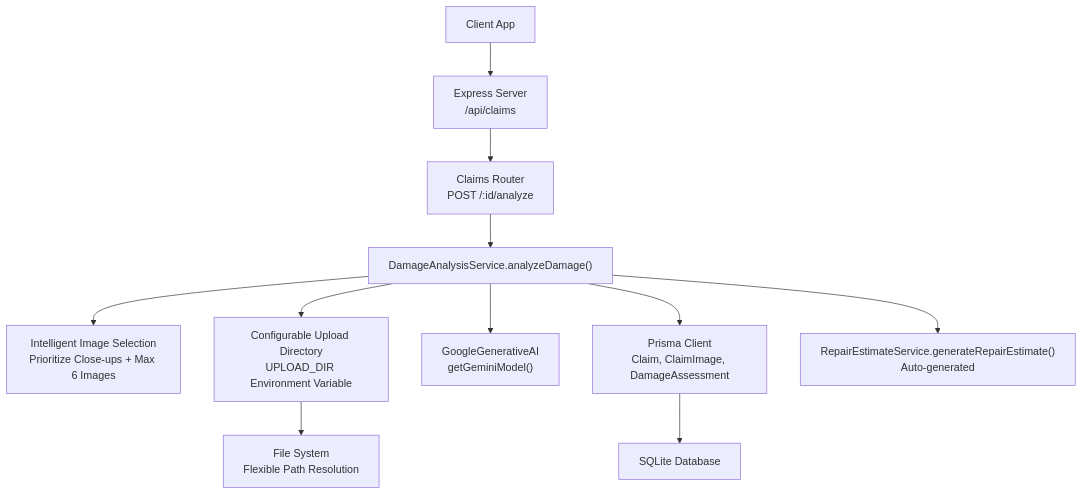
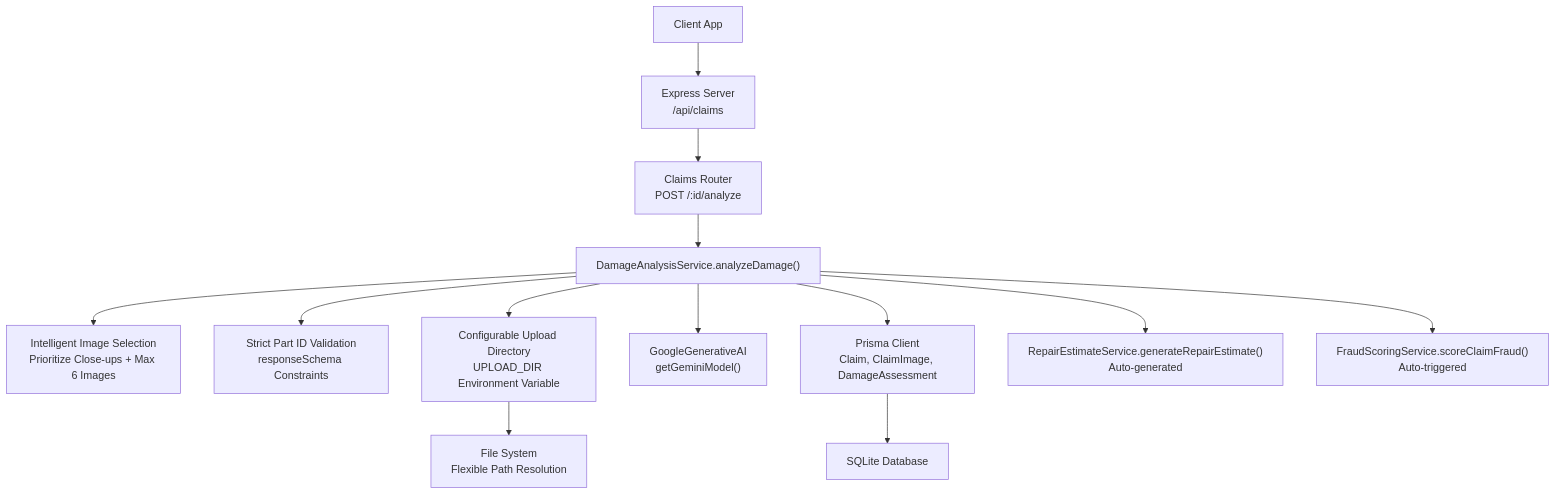
Before and after one commit to NaveenHiranya/Smart-Vehicle-Insurance-Claim-System: the first of 6 diagrams in .qoder/repowiki/en/content/Backend Documentation/Business Logic & Services/Damage Analysis Service.md, drawn with Mermaid. The commit also changed other lines of this file and 17 other files, not shown here.

Commit message:
feat: Fraud Score

````diff
--- a/.qoder/repowiki/en/content/Backend Documentation/Business Logic & Services/Damage Analysis Service.md
+++ b/.qoder/repowiki/en/content/Backend Documentation/Business Logic & Services/Damage Analysis Service.md
@@ -48,13 +45,15 @@
 ```mermaid
 graph TB
 Client["Client App"] --> API["Express Server<br/>/api/claims"]
 API --> ClaimsRoute["Claims Router<br/>POST /:id/analyze"]
 ClaimsRoute --> DAS["DamageAnalysisService.analyzeDamage()"]
 DAS --> ImageSelect["Intelligent Image Selection<br/>Prioritize Close-ups + Max 6 Images"]
+DAS --> Schema["Strict Part ID Validation<br/>responseSchema Constraints"]
 DAS --> Config["Configurable Upload Directory<br/>UPLOAD_DIR Environment Variable"]
 DAS --> Gemini["GoogleGenerativeAI<br/>getGeminiModel()"]
 DAS --> Prisma["Prisma Client<br/>Claim, ClaimImage, DamageAssessment"]
 DAS --> RepairEst["RepairEstimateService.generateRepairEstimate()<br/>Auto-generated"]
+DAS --> Fraud["FraudScoringService.scoreClaimFraud()<br/>Auto-triggered"]
 Config --> FS["File System<br/>Flexible Path Resolution"]
 Prisma --> DB["SQLite Database"]
 ```
````
